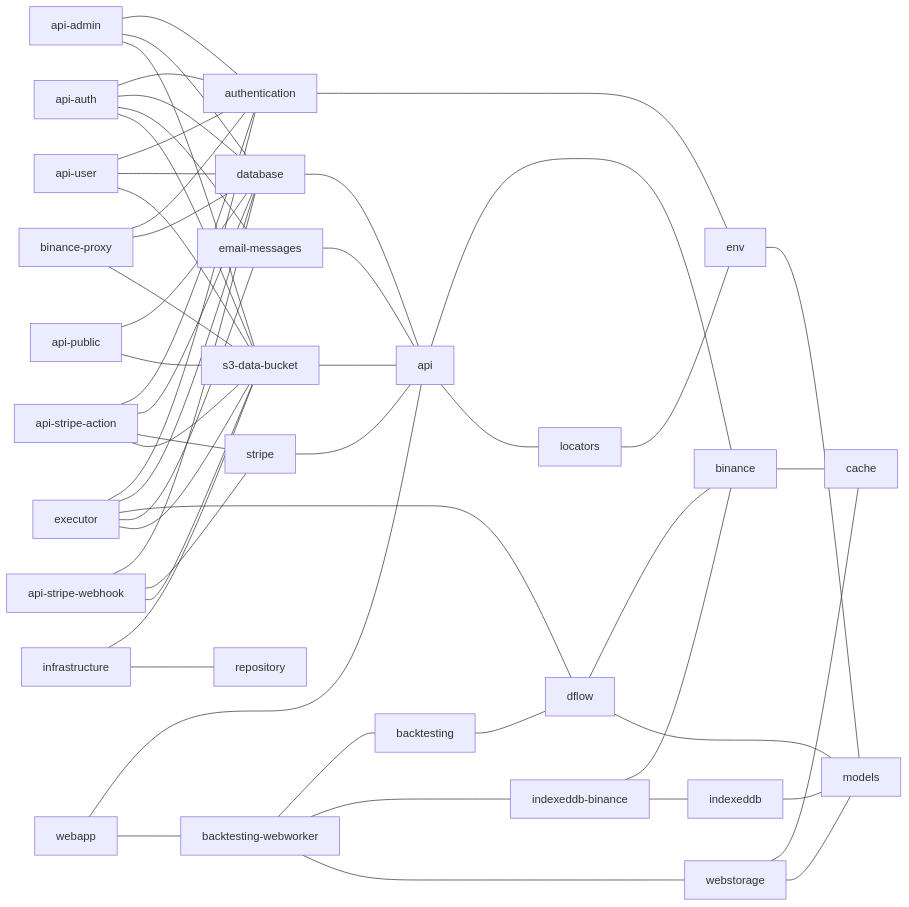
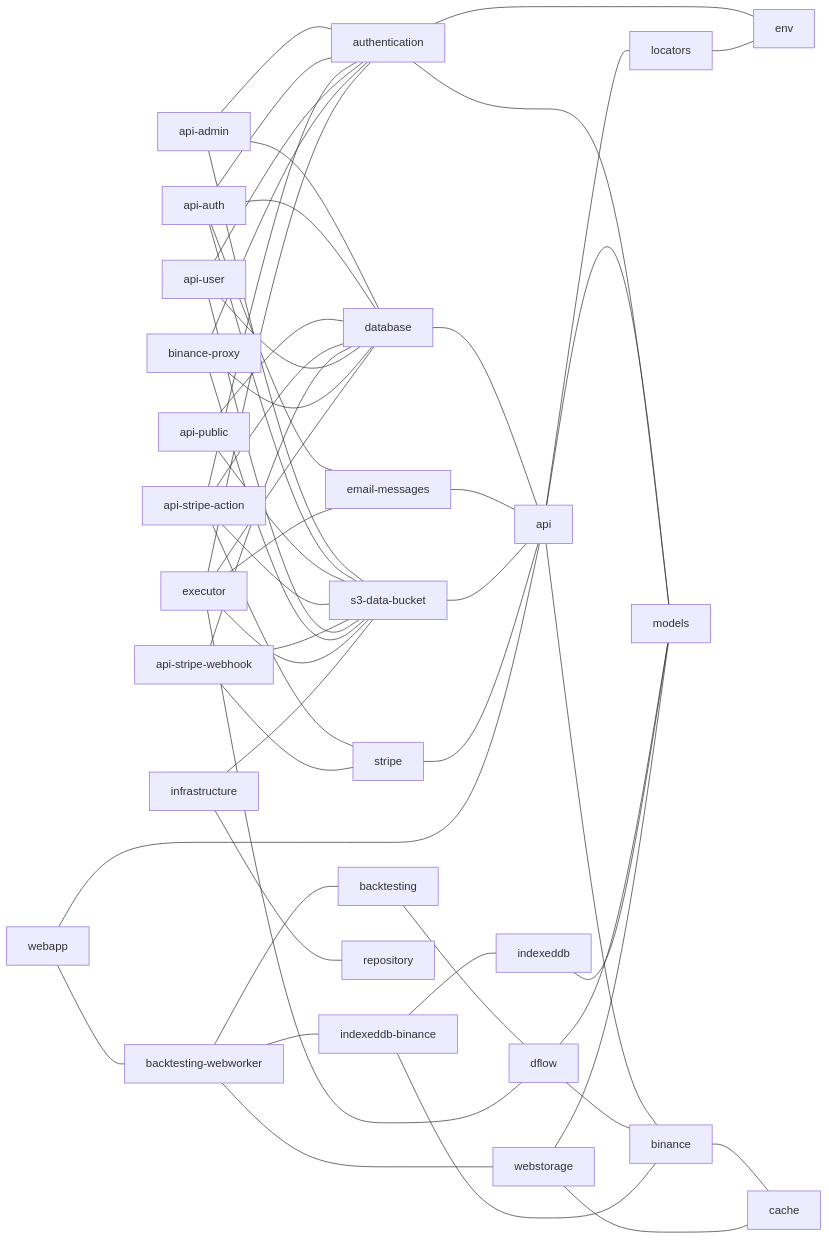
The diagram in repository/docs/npm-dependencies.md (ggbot-org/ggbot), drawn with Mermaid before and after one commit. The commit also changed 13 other files, not shown here.

````diff
--- a/repository/docs/npm-dependencies.md
+++ b/repository/docs/npm-dependencies.md
@@ -6,55 +6,56 @@
 ```mermaid
 graph LR
     api --- binance
     api --- locators
+    api --- models
     api-admin --- authentication
     api-admin --- database
     api-admin --- s3-data-bucket
     api-auth --- authentication
     api-auth --- database
     api-auth --- email-messages
     api-auth --- s3-data-bucket
     api-public --- database
     api-public --- s3-data-bucket
     api-stripe-action --- authentication
     api-stripe-action --- database
     api-stripe-action --- stripe
     api-stripe-action --- s3-data-bucket
     api-stripe-webhook --- database
     api-stripe-webhook --- stripe
     api-stripe-webhook --- s3-data-bucket
     api-user --- authentication
     api-user --- database
     api-user --- s3-data-bucket
     authentication --- env
+    authentication --- models
     backtesting --- dflow
     backtesting-webworker --- backtesting
     backtesting-webworker --- indexeddb-binance
     backtesting-webworker --- webstorage
     binance --- cache
     binance-proxy --- authentication
     binance-proxy --- database
     binance-proxy --- s3-data-bucket
     database --- api
     dflow --- binance
     dflow --- models
     email-messages --- api
-    env --- models
     executor --- authentication
     executor --- database
     executor --- dflow
     executor --- email-messages
     executor --- s3-data-bucket
     indexeddb --- models
     indexeddb-binance --- binance
     indexeddb-binance --- indexeddb
     infrastructure --- s3-data-bucket
     infrastructure --- repository
     locators --- env
     s3-data-bucket --- api
     stripe --- api
     webapp --- api
     webapp --- backtesting-webworker
     webstorage --- cache
     webstorage --- models
 ```
````
